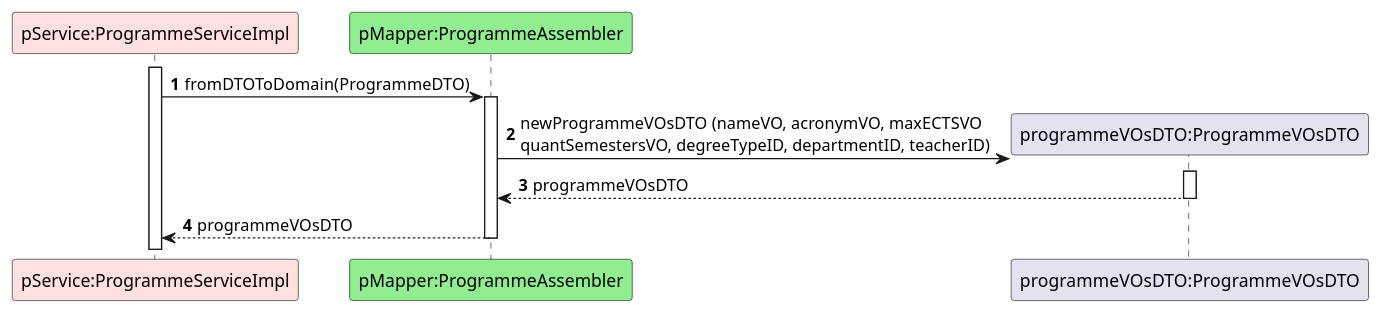
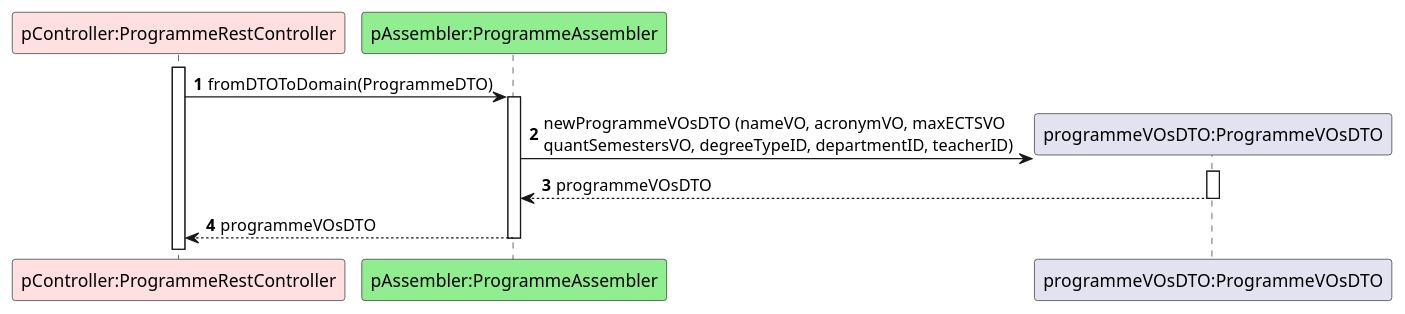
One commit to GasparISEP/DevOps-PAI changed the diagram in docs/US31/ScenarioView/References/Ref-ConvertProgrammeRequestDTOToProgrammeVOsDTO.puml. Above: the diagram before and after it, drawn with PlantUML. The commit also changed 3 other files, not shown here.

Commit message:
Ref #653: Update diagrams to reflect DTO conversion in Controller instead of Service

```diff
--- a/docs/US31/ScenarioView/References/Ref-ConvertProgrammeRequestDTOToProgrammeVOsDTO.puml
+++ b/docs/US31/ScenarioView/References/Ref-ConvertProgrammeRequestDTOToProgrammeVOsDTO.puml
@@ -1,14 +1,14 @@
 @startuml
 autonumber
 
-participant "pService:ProgrammeServiceImpl" as PS #implementation
-participant "pMapper:ProgrammeAssembler" as PA #lightgreen
+participant "pController:ProgrammeRestController" as PS #implementation
+participant "pAssembler:ProgrammeAssembler" as PA #lightgreen
 participant "programmeVOsDTO:ProgrammeVOsDTO" as PDTO
 
 activate PS
 PS -> PA ++: fromDTOToDomain(ProgrammeDTO)
 PA -> PDTO**: newProgrammeVOsDTO (nameVO, acronymVO, maxECTSVO \nquantSemestersVO, degreeTypeID, departmentID, teacherID)
 activate PDTO
 PDTO --> PA--: programmeVOsDTO
 PA --> PS--: programmeVOsDTO
 @enduml
```
